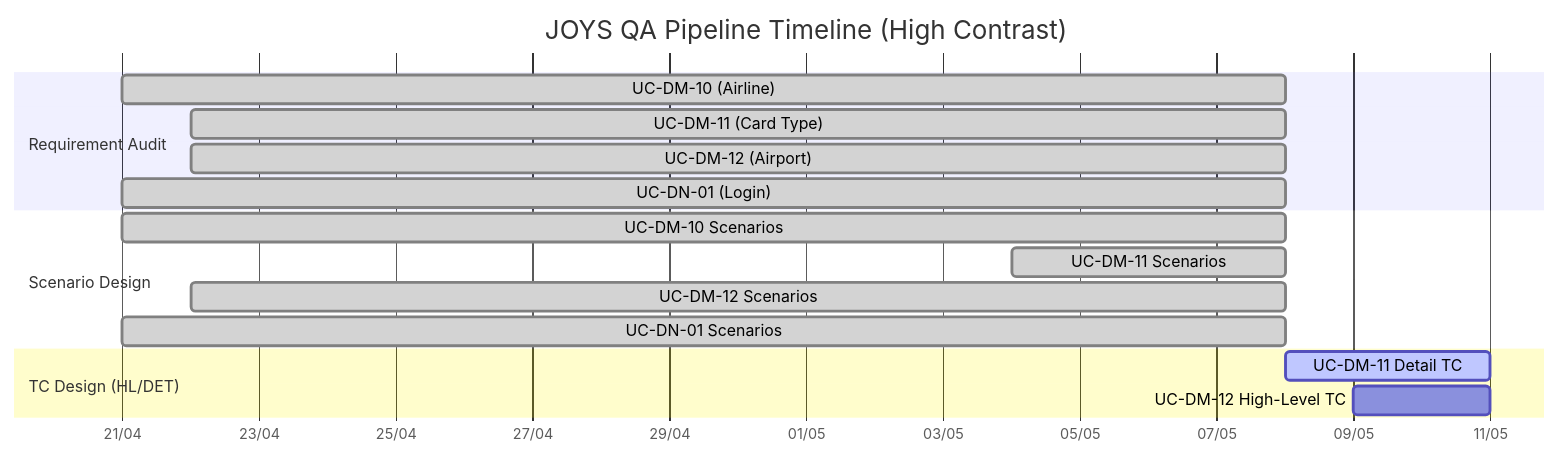
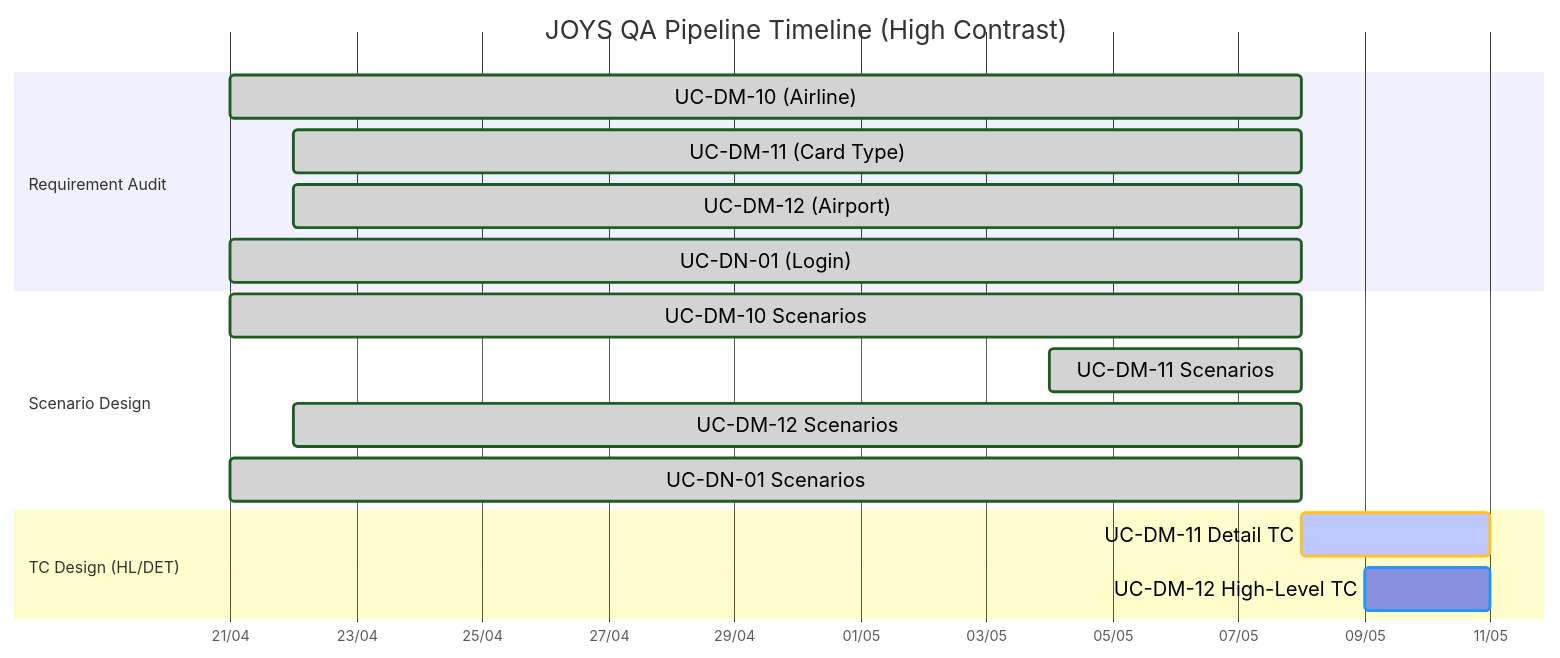
One commit to ngatran2/AI changed the second of 3 diagrams in report/PROJECT_MASTER_DASHBOARD_20260508_v2.md. Above: the diagram before and after it, drawn with Mermaid. The commit also changed other lines of this file, not shown here.

````diff
--- a/report/PROJECT_MASTER_DASHBOARD_20260508_v2.md
+++ b/report/PROJECT_MASTER_DASHBOARD_20260508_v2.md
@@ -19,60 +40,52 @@
 ```mermaid
 %%{
   init: {
     'theme': 'default',
     'gantt': {
       'titlePadding': 20,
       'barHeight': 30,
       'barGap': 8,
       'topPadding': 50,
       'leftPadding': 150,
       'gridLineStartPadding': 20,
       'fontSize': 14,
       'numberSectionStyles': 4
     },
     'themeVariables': {
       'primaryColor': '#ffffff',
-      
-      /* Task đã hoàn thành - Xanh lá đậm, chữ trắng để nổi bật */
       'doneTaskFill': '#2E7D32',
       'doneTaskBorderColor': '#1B5E20',
       'doneTaskContentColor': '#ffffff',
-      
-      /* Task đang làm - Vàng tươi, chữ đen để dễ đọc */
       'activeTaskFill': '#FFEB3B',
       'activeTaskBorderColor': '#FBC02D',
       'activeTaskContentColor': '#000000',
-      
-      /* Task chưa làm - Xanh dương nhạt, chữ đen */
       'taskFill': '#E3F2FD',
       'taskBorderColor': '#2196F3',
       'taskTextLightColor': '#000000',
       'taskContentColor': '#000000',
-
-      /* Màu chữ của Section bên trái */
       'sectionBGFill': '#f4f4f4',
       'sectionBGFill2': '#ffffff'
     }
   }
 }%%
 gantt
     title JOYS QA Pipeline Timeline (High Contrast)
     dateFormat  YYYY-MM-DD
     axisFormat  %d/%m
     
     section Requirement Audit
     UC-DM-10 (Airline)      :done,    audit1, 2026-04-21, 2026-05-08
     UC-DM-11 (Card Type)    :done,    audit2, 2026-04-22, 2026-05-08
     UC-DM-12 (Airport)      :done,    audit3, 2026-04-22, 2026-05-08
     UC-DN-01 (Login)        :done,    audit4, 2026-04-21, 2026-05-08
 
     section Scenario Design
     UC-DM-10 Scenarios      :done,    sce1, 2026-04-21, 2026-05-08
     UC-DM-11 Scenarios      :done,    sce2, 2026-05-04, 2026-05-08
     UC-DM-12 Scenarios      :done,    sce3, 2026-04-22, 2026-05-08
     UC-DN-01 Scenarios      :done,    sce4, 2026-04-21, 2026-05-08
 
     section TC Design (HL/DET)
     UC-DM-11 Detail TC     :active,  tc1, 2026-05-08, 3d
     UC-DM-12 High-Level TC :         tc2, 2026-05-09, 2d
 ```
````
